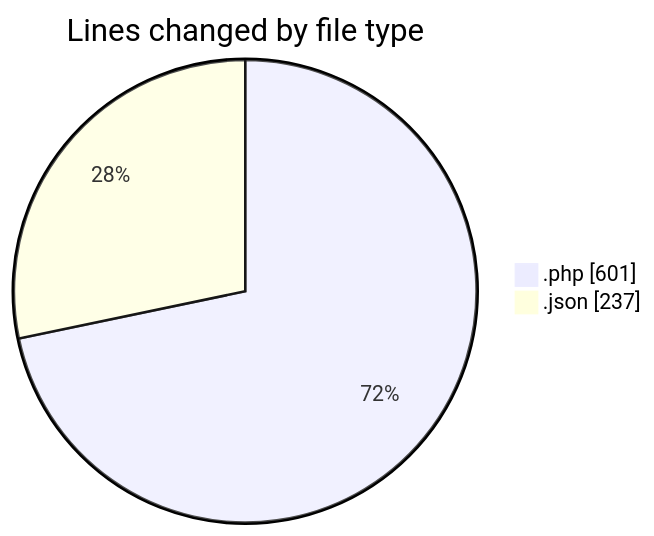
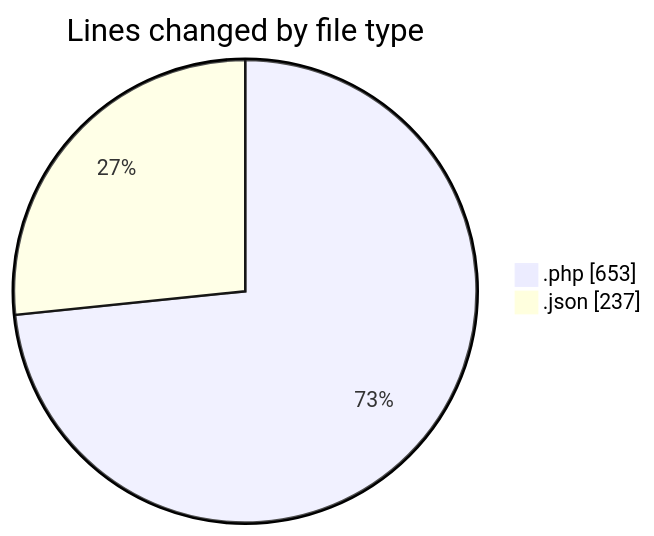
The first of 2 diagrams in 2025-05-25/bookingpodcas/README.md (idhammustaqopulfikri/code-tracking), drawn with Mermaid before and after one commit. The commit also changed other lines of this file and 1 other file, not shown here.

````diff
--- a/2025-05-25/bookingpodcas/README.md
+++ b/2025-05-25/bookingpodcas/README.md
@@ -31,6 +33,6 @@
 ```mermaid
 pie showData
 title Lines changed by file type
-".php" : 601
+".php" : 653
 ".json" : 237
 ```
````
